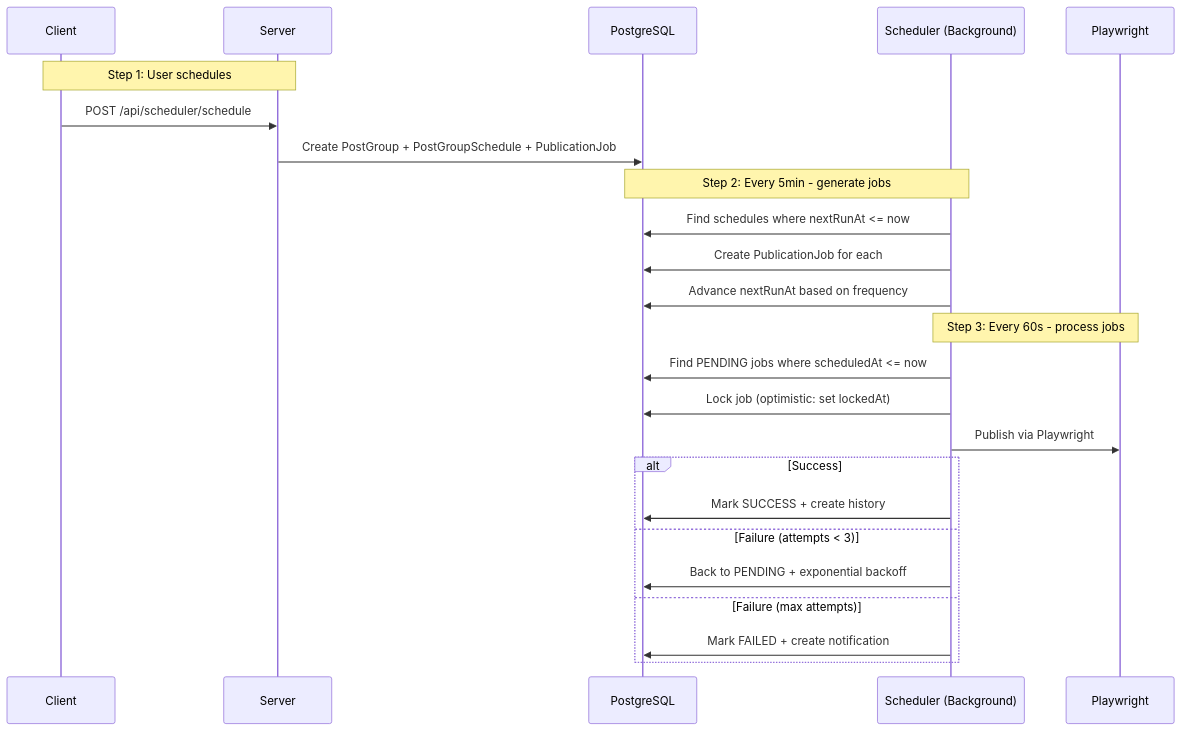
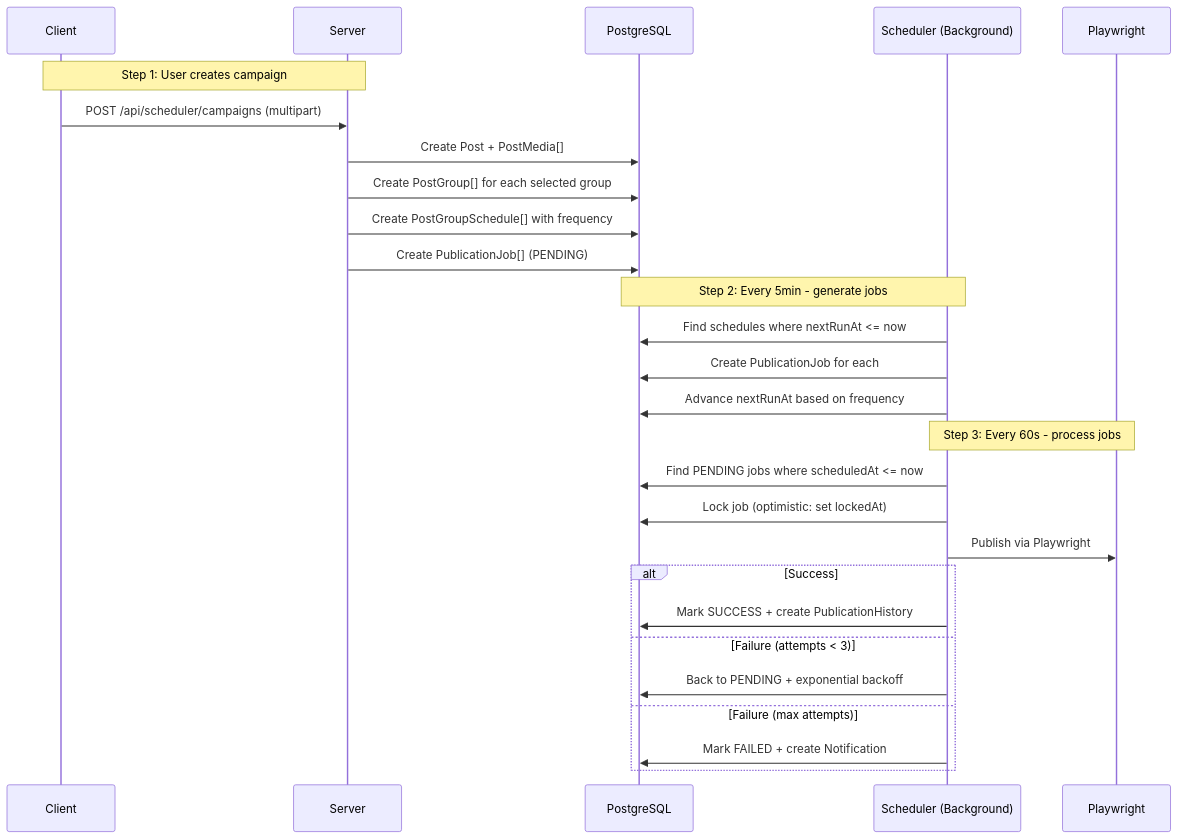
Before and after one commit to dvirhp/possbo: the sixth of 11 diagrams in .copilot/data-flow.md, drawn with Mermaid. The commit also changed other lines of this file and 132 other files, not shown here.

````diff
--- a/.copilot/data-flow.md
+++ b/.copilot/data-flow.md
@@ -80,29 +148,32 @@
 ```mermaid
 sequenceDiagram
     participant C as Client
     participant S as Server
     participant DB as PostgreSQL
     participant SCH as Scheduler (Background)
     participant PW as Playwright
 
-    Note over C,S: Step 1: User schedules
-    C->>S: POST /api/scheduler/schedule
-    S->>DB: Create PostGroup + PostGroupSchedule + PublicationJob
+    Note over C,S: Step 1: User creates campaign
+    C->>S: POST /api/scheduler/campaigns (multipart)
+    S->>DB: Create Post + PostMedia[]
+    S->>DB: Create PostGroup[] for each selected group
+    S->>DB: Create PostGroupSchedule[] with frequency
+    S->>DB: Create PublicationJob[] (PENDING)
 
     Note over SCH,DB: Step 2: Every 5min - generate jobs
     SCH->>DB: Find schedules where nextRunAt <= now
     SCH->>DB: Create PublicationJob for each
     SCH->>DB: Advance nextRunAt based on frequency
 
     Note over SCH,PW: Step 3: Every 60s - process jobs
     SCH->>DB: Find PENDING jobs where scheduledAt <= now
     SCH->>DB: Lock job (optimistic: set lockedAt)
     SCH->>PW: Publish via Playwright
     alt Success
-        SCH->>DB: Mark SUCCESS + create history
+        SCH->>DB: Mark SUCCESS + create PublicationHistory
     else Failure (attempts < 3)
         SCH->>DB: Back to PENDING + exponential backoff
     else Failure (max attempts)
-        SCH->>DB: Mark FAILED + create notification
+        SCH->>DB: Mark FAILED + create Notification
     end
 ```
````
